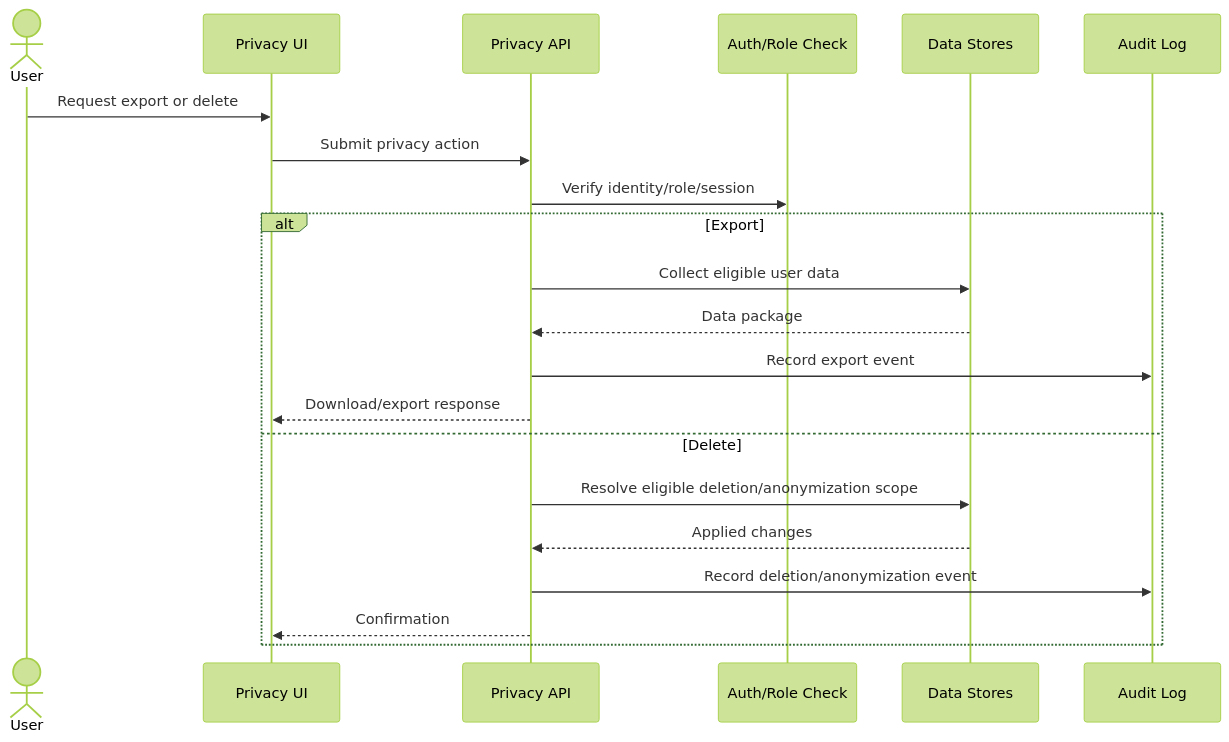
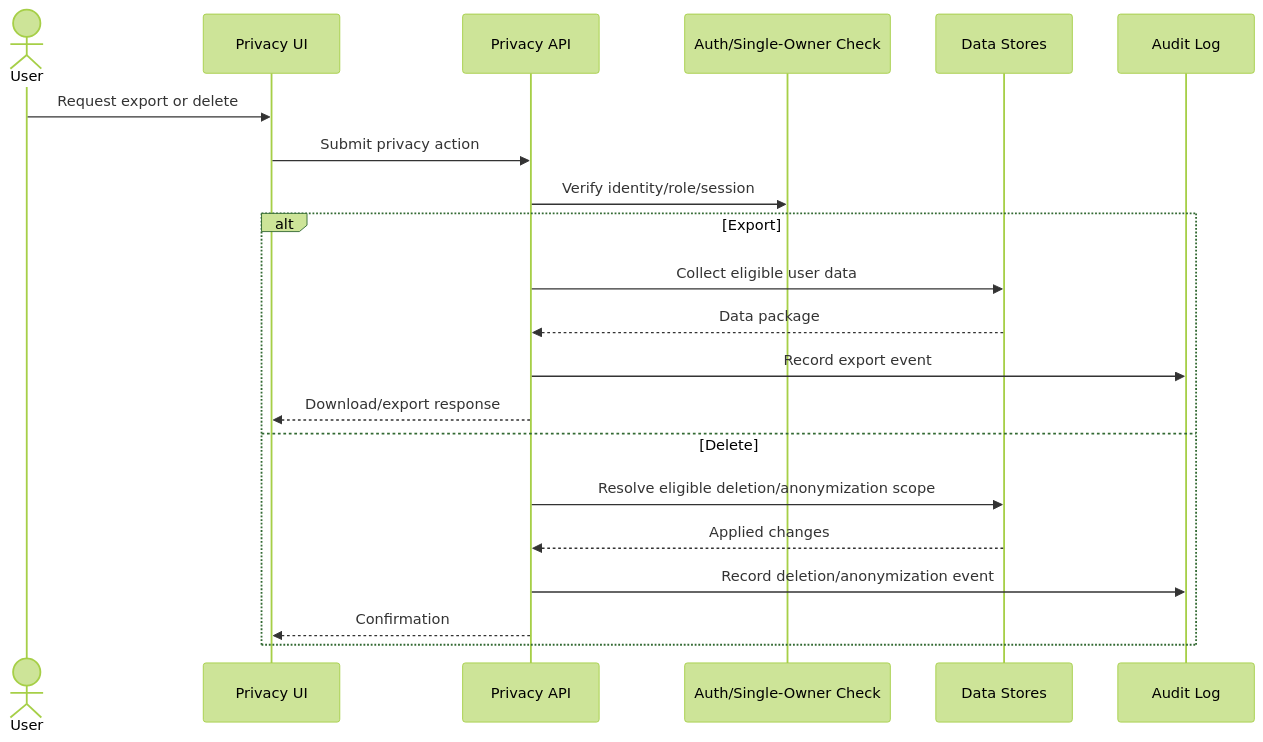
One commit to kherrera6219/DataLogicEngine changed the seventh of 10 diagrams in docs/SEQUENCE_DIAGRAMS.md. Above: the diagram before and after it, drawn with Mermaid (forest theme). The commit also changed 3 other files, not shown here.

First line of the commit message:
docs: content review — final role-check survivors (SECURITY/DATABASE_SCHEMA/DATA_FLOW/SEQUENCE)

````diff
--- a/docs/SEQUENCE_DIAGRAMS.md
+++ b/docs/SEQUENCE_DIAGRAMS.md
@@ -232,24 +232,24 @@
 ```mermaid
 sequenceDiagram
     actor User
     participant UI as Privacy UI
     participant API as Privacy API
-    participant Auth as Auth/Role Check
+    participant Auth as Auth/Single-Owner Check
     participant Stores as Data Stores
     participant Audit as Audit Log
 
     User->>UI: Request export or delete
     UI->>API: Submit privacy action
     API->>Auth: Verify identity/role/session
     alt Export
         API->>Stores: Collect eligible user data
         Stores-->>API: Data package
         API->>Audit: Record export event
         API-->>UI: Download/export response
     else Delete
         API->>Stores: Resolve eligible deletion/anonymization scope
         Stores-->>API: Applied changes
         API->>Audit: Record deletion/anonymization event
         API-->>UI: Confirmation
     end
 ```
````
